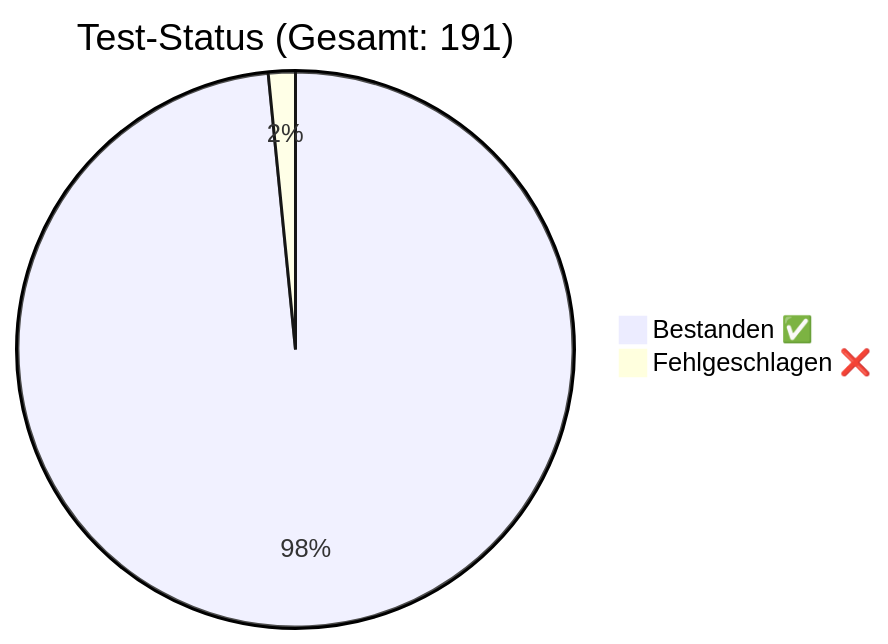
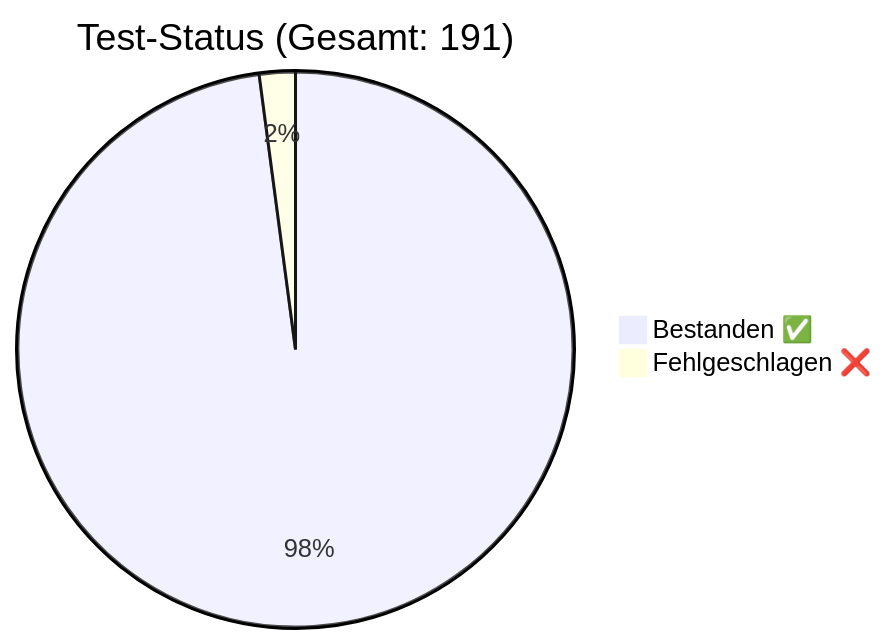
The diagram in docs/QA_Report.md (rorila/GCS), drawn with Mermaid before and after one commit. The commit also changed other lines of this file and 6 other files, not shown here.

````diff
--- a/docs/QA_Report.md
+++ b/docs/QA_Report.md
@@ -7,5 +7,5 @@
 ```mermaid
 pie title Test-Status (Gesamt: 191)
-    "Bestanden ✅" : 188
-    "Fehlgeschlagen ❌" : 3
+    "Bestanden ✅" : 187
+    "Fehlgeschlagen ❌" : 4
 ```
````
